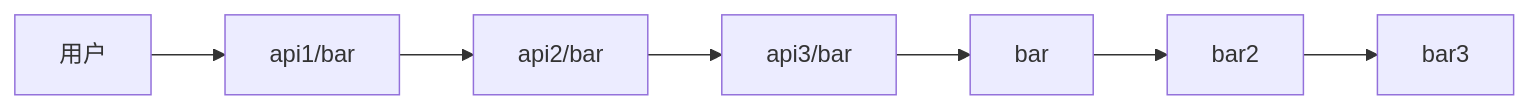
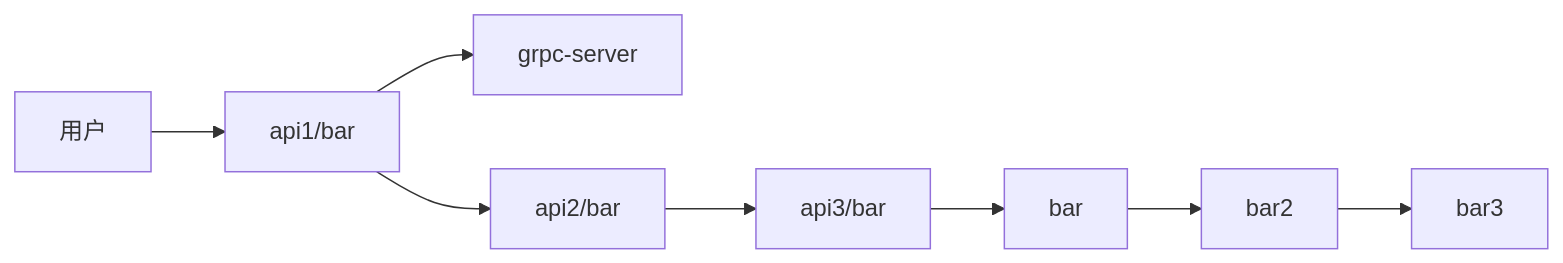
Before and after one commit to webws/go-moda: the diagram in example/tracing/moda_tracing/readme.md, drawn with Mermaid. The commit also changed other lines of this file and 1 other file, not shown here.

````diff
--- a/example/tracing/moda_tracing/readme.md
+++ b/example/tracing/moda_tracing/readme.md
@@ -6,9 +6,10 @@
 ```mermaid
 graph LR
 A[用户] --> B[api1/bar]
+B --> H[grpc-server]
 B --> C[api2/bar]
 C --> D[api3/bar]
 D --> E[bar]
 E --> F[bar2]
 F --> G[bar3]
 ```
````
